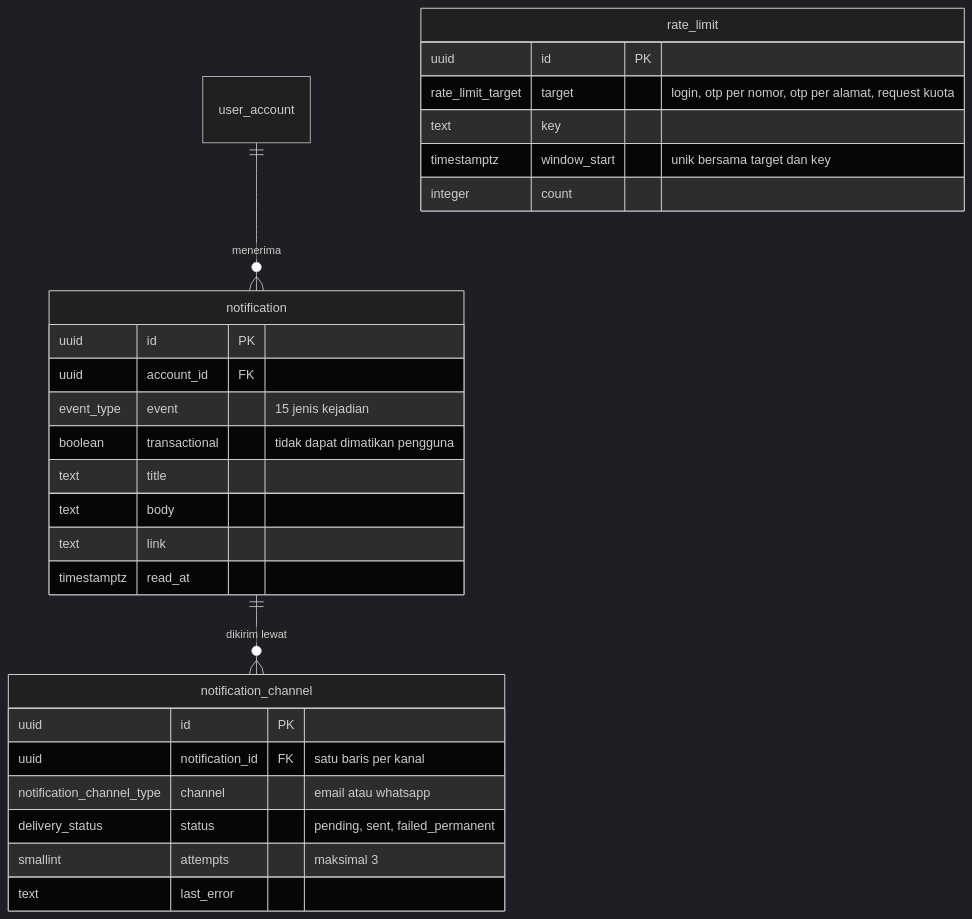
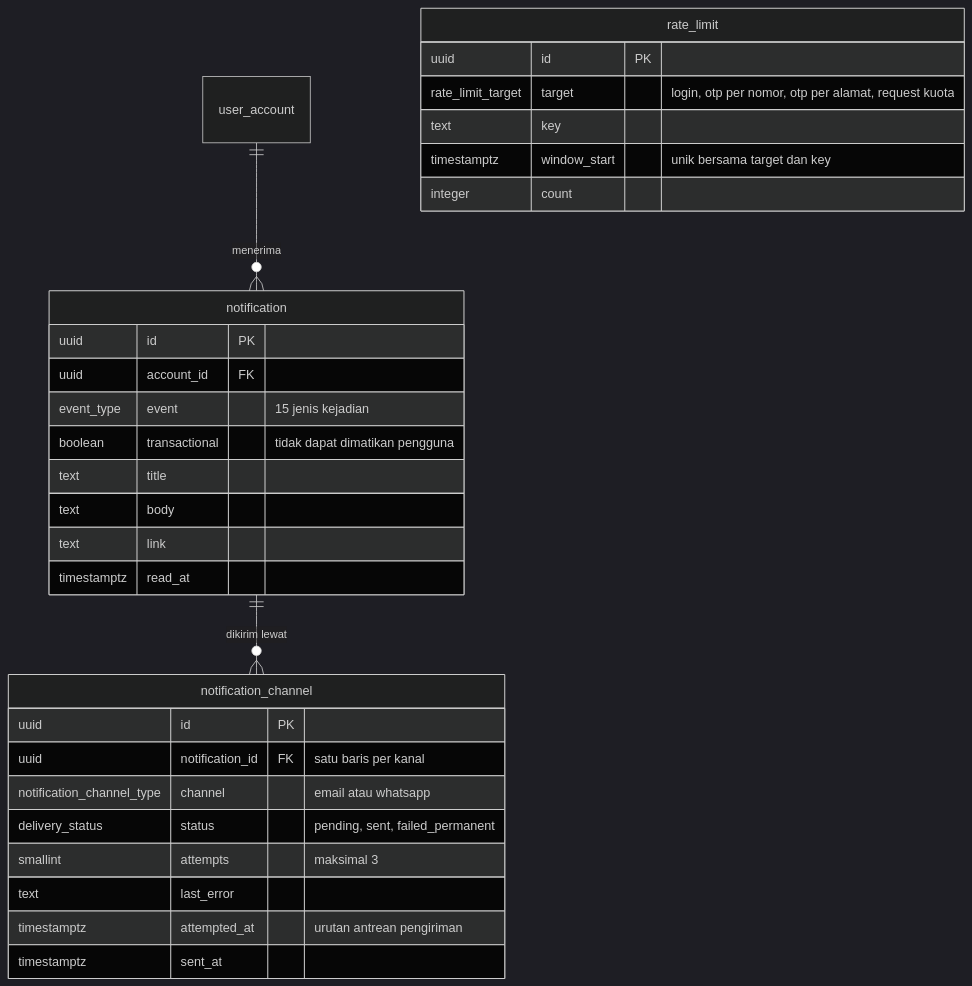
Before and after one commit to fzrilsh/devotion: the fifth of 5 diagrams in README.md, drawn with Mermaid (dark theme). The commit also changed other lines of this file, not shown here.

````diff
--- a/README.md
+++ b/README.md
@@ -519,31 +552,33 @@
 ```mermaid
 erDiagram
     user_account ||--o{ notification : "menerima"
     notification ||--o{ notification_channel : "dikirim lewat"
 
     notification {
         uuid id PK
         uuid account_id FK
         event_type event "15 jenis kejadian"
         boolean transactional "tidak dapat dimatikan pengguna"
         text title
         text body
         text link
         timestamptz read_at
     }
     notification_channel {
         uuid id PK
         uuid notification_id FK "satu baris per kanal"
         notification_channel_type channel "email atau whatsapp"
         delivery_status status "pending, sent, failed_permanent"
         smallint attempts "maksimal 3"
         text last_error
+        timestamptz attempted_at "urutan antrean pengiriman"
+        timestamptz sent_at
     }
     rate_limit {
         uuid id PK
         rate_limit_target target "login, otp per nomor, otp per alamat, request kuota"
         text key
         timestamptz window_start "unik bersama target dan key"
         integer count
     }
 ```
````
